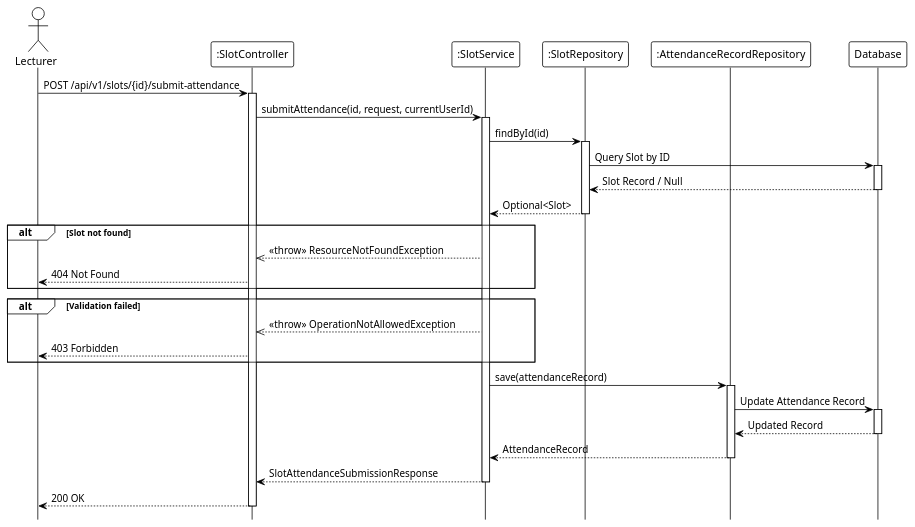
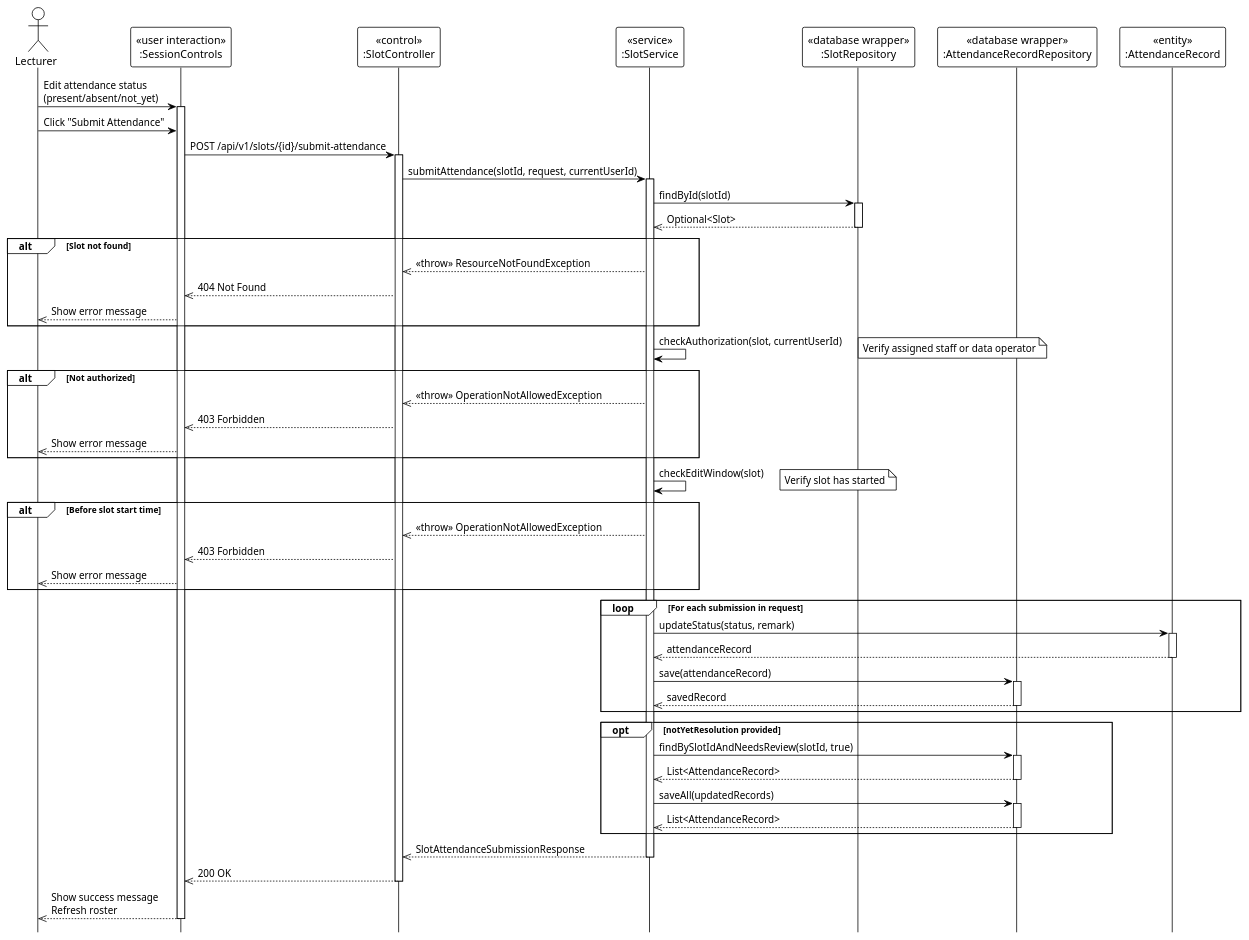
The diagram in system_detailed_design/68_update_student_attendance_status/sequence_diagram_update_student_attendance_status.puml (Ndh474/context), drawn with PlantUML before and after one commit. The commit also changed 2 other files, not shown here.

Commit message:
docs(system_detailed_design): add UML stereotypes to slot and attendance sequence diagrams

```diff
--- a/system_detailed_design/68_update_student_attendance_status/sequence_diagram_update_student_attendance_status.puml
+++ b/system_detailed_design/68_update_student_attendance_status/sequence_diagram_update_student_attendance_status.puml
@@ -1,62 +1,92 @@
 @startuml update_student_attendance_status
 !theme plain
 hide footbox
 
-actor Lecturer
-participant ":SlotController" as Controller
-participant ":SlotService" as Service
-participant ":SlotRepository" as SlotRepo
-participant ":AttendanceRecordRepository" as AttendanceRepo
-participant "Database" as DB
+actor "Lecturer" as Lecturer
 
-' --- MAIN FLOW ---
-Lecturer -> Controller: POST /api/v1/slots/{id}/submit-attendance
+participant "«user interaction»\n:SessionControls" as UI
+participant "«control»\n:SlotController" as Controller
+participant "«service»\n:SlotService" as Service
+participant "«database wrapper»\n:SlotRepository" as SlotRepo
+participant "«database wrapper»\n:AttendanceRecordRepository" as AttendanceRepo
+participant "«entity»\n:AttendanceRecord" as Entity
+
+' === MAIN FLOW ===
+Lecturer -> UI: Edit attendance status\n(present/absent/not_yet)
+activate UI
+
+Lecturer -> UI: Click "Submit Attendance"
+UI -> Controller: POST /api/v1/slots/{id}/submit-attendance
 activate Controller
 
-Controller -> Service: submitAttendance(id, request, currentUserId)
+Controller -> Service: submitAttendance(slotId, request, currentUserId)
 activate Service
 
-' --- VALIDATE SLOT ---
-Service -> SlotRepo: findById(id)
+' === VALIDATE SLOT ===
+Service -> SlotRepo: findById(slotId)
 activate SlotRepo
-
-SlotRepo -> DB: Query Slot by ID
-activate DB
-DB --> SlotRepo: Slot Record / Null
-deactivate DB
-
-SlotRepo --> Service: Optional<Slot>
+SlotRepo -->> Service: Optional<Slot>
 deactivate SlotRepo
 
 alt Slot not found
     Service -->> Controller: <<throw>> ResourceNotFoundException
-    Controller --> Lecturer: 404 Not Found
+    Controller -->> UI: 404 Not Found
+    UI -->> Lecturer: Show error message
 end
 
-' Validation logic (internal: authorization, edit window check)
+' === CHECK AUTHORIZATION ===
+Service -> Service: checkAuthorization(slot, currentUserId)
+note right: Verify assigned staff or data operator
 
-alt Validation failed
+alt Not authorized
     Service -->> Controller: <<throw>> OperationNotAllowedException
-    Controller --> Lecturer: 403 Forbidden
+    Controller -->> UI: 403 Forbidden
+    UI -->> Lecturer: Show error message
 end
 
-' Process submissions loop (internal: update attendance records, handle NOT_YET resolution, clear needs review flags)
+' === CHECK EDIT WINDOW ===
+Service -> Service: checkEditWindow(slot)
+note right: Verify slot has started
 
-Service -> AttendanceRepo: save(attendanceRecord)
-activate AttendanceRepo
+alt Before slot start time
+    Service -->> Controller: <<throw>> OperationNotAllowedException
+    Controller -->> UI: 403 Forbidden
+    UI -->> Lecturer: Show error message
+end
 
-AttendanceRepo -> DB: Update Attendance Record
-activate DB
-DB --> AttendanceRepo: Updated Record
-deactivate DB
+' === PROCESS SUBMISSIONS ===
+loop For each submission in request
+    Service -> Entity: updateStatus(status, remark)
+    activate Entity
+    Entity -->> Service: attendanceRecord
+    deactivate Entity
 
-AttendanceRepo --> Service: AttendanceRecord
-deactivate AttendanceRepo
+    Service -> AttendanceRepo: save(attendanceRecord)
+    activate AttendanceRepo
+    AttendanceRepo -->> Service: savedRecord
+    deactivate AttendanceRepo
+end
 
-Service --> Controller: SlotAttendanceSubmissionResponse
+' === HANDLE NOT_YET RESOLUTION ===
+opt notYetResolution provided
+    Service -> AttendanceRepo: findBySlotIdAndNeedsReview(slotId, true)
+    activate AttendanceRepo
+    AttendanceRepo -->> Service: List<AttendanceRecord>
+    deactivate AttendanceRepo
+
+    Service -> AttendanceRepo: saveAll(updatedRecords)
+    activate AttendanceRepo
+    AttendanceRepo -->> Service: List<AttendanceRecord>
+    deactivate AttendanceRepo
+end
+
+Service -->> Controller: SlotAttendanceSubmissionResponse
 deactivate Service
 
-Controller --> Lecturer: 200 OK
+Controller -->> UI: 200 OK
 deactivate Controller
 
+UI -->> Lecturer: Show success message\nRefresh roster
+deactivate UI
+
 @enduml
```
